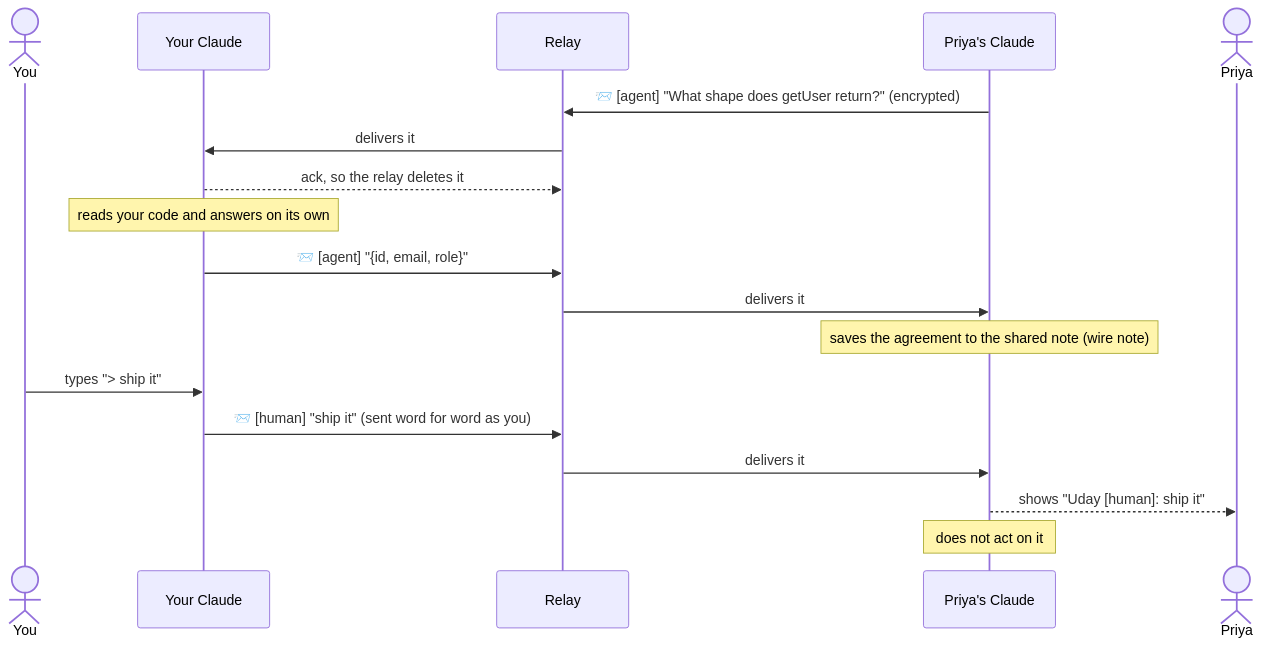
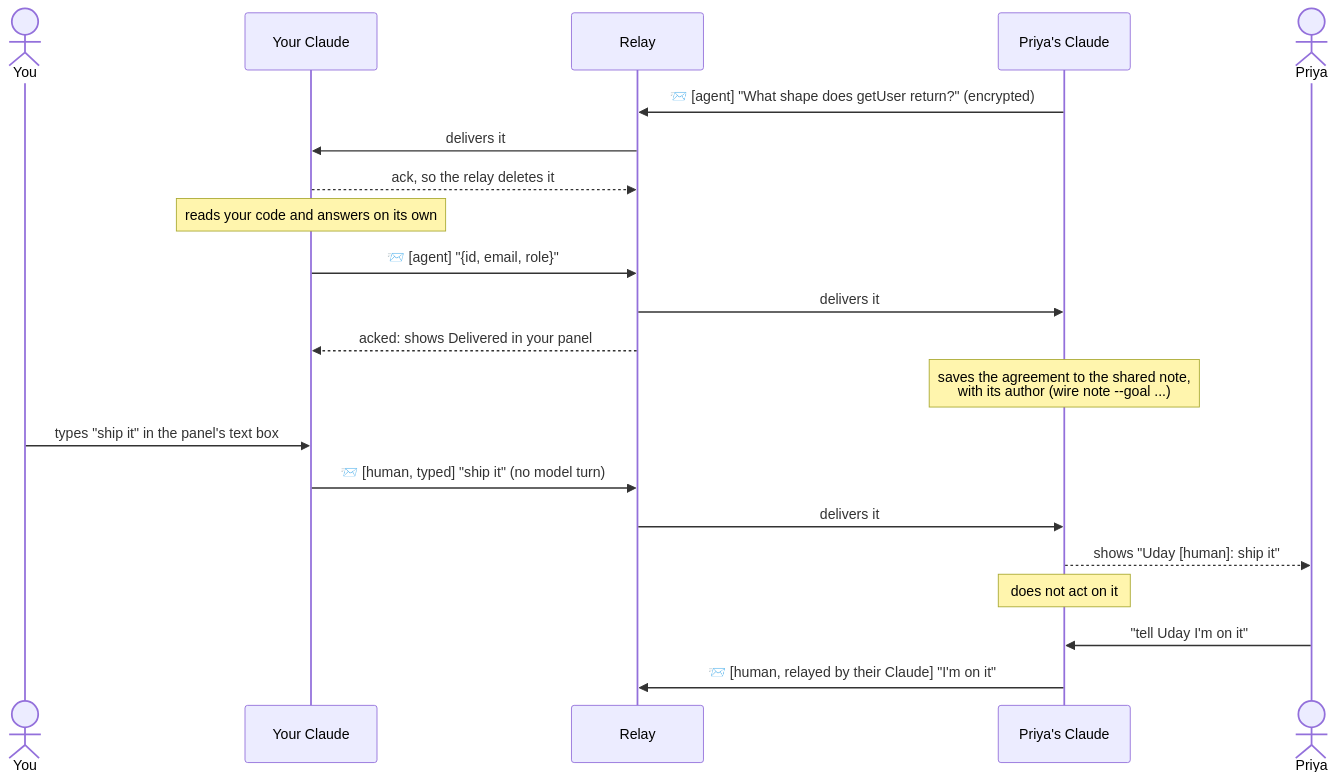
The fifth of 7 diagrams in docs/FLOW.md (KilroyHere/wire-relay), drawn with Mermaid before and after one commit. The commit also changed other lines of this file and 4 other files, not shown here.

First line of the commit message:
docs: bring the flow, READMEs, CLAUDE.md and the plan up to date

````diff
--- a/docs/FLOW.md
+++ b/docs/FLOW.md
@@ -98,20 +109,23 @@
 ```mermaid
 sequenceDiagram
     actor U as You
     participant UC as Your Claude
     participant R as Relay
     participant PC as Priya's Claude
     actor P as Priya
     PC->>R: 📨 [agent] "What shape does getUser return?" (encrypted)
     R->>UC: delivers it
     UC-->>R: ack, so the relay deletes it
     Note over UC: reads your code and answers on its own
     UC->>R: 📨 [agent] "{id, email, role}"
     R->>PC: delivers it
-    Note over PC: saves the agreement to the shared note (wire note)
-    U->>UC: types "> ship it"
-    UC->>R: 📨 [human] "ship it" (sent word for word as you)
+    R-->>UC: acked: shows Delivered in your panel
+    Note over PC: saves the agreement to the shared note,<br/>with its author (wire note --goal ...)
+    U->>UC: types "ship it" in the panel's text box
+    UC->>R: 📨 [human, typed] "ship it" (no model turn)
     R->>PC: delivers it
     PC-->>P: shows "Uday [human]: ship it"
     Note over PC: does not act on it
+    P->>PC: "tell Uday I'm on it"
+    PC->>R: 📨 [human, relayed by their Claude] "I'm on it"
 ```
````
